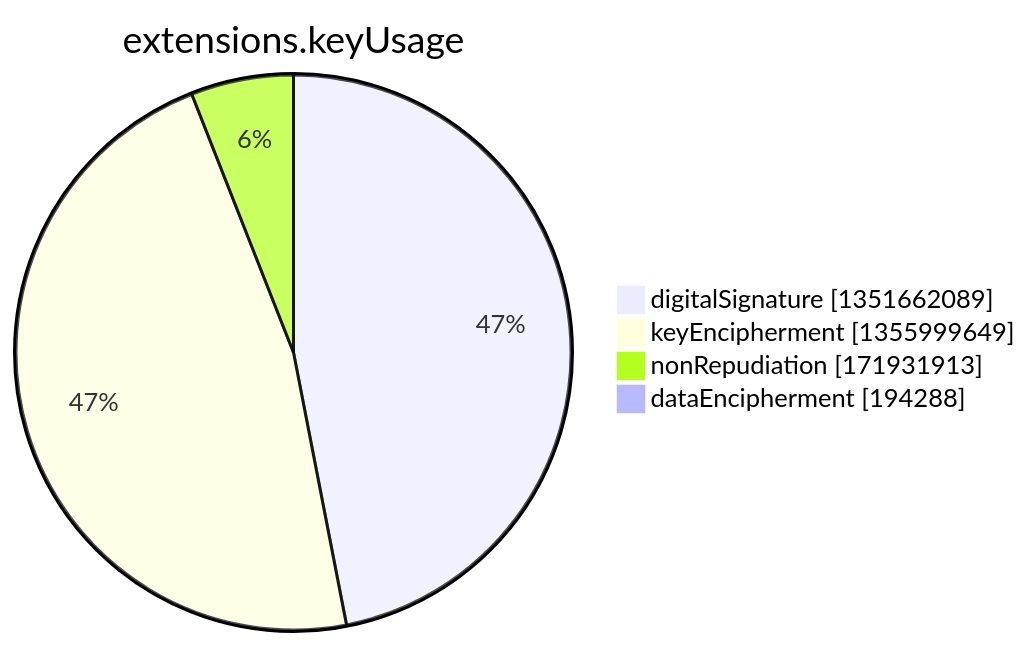
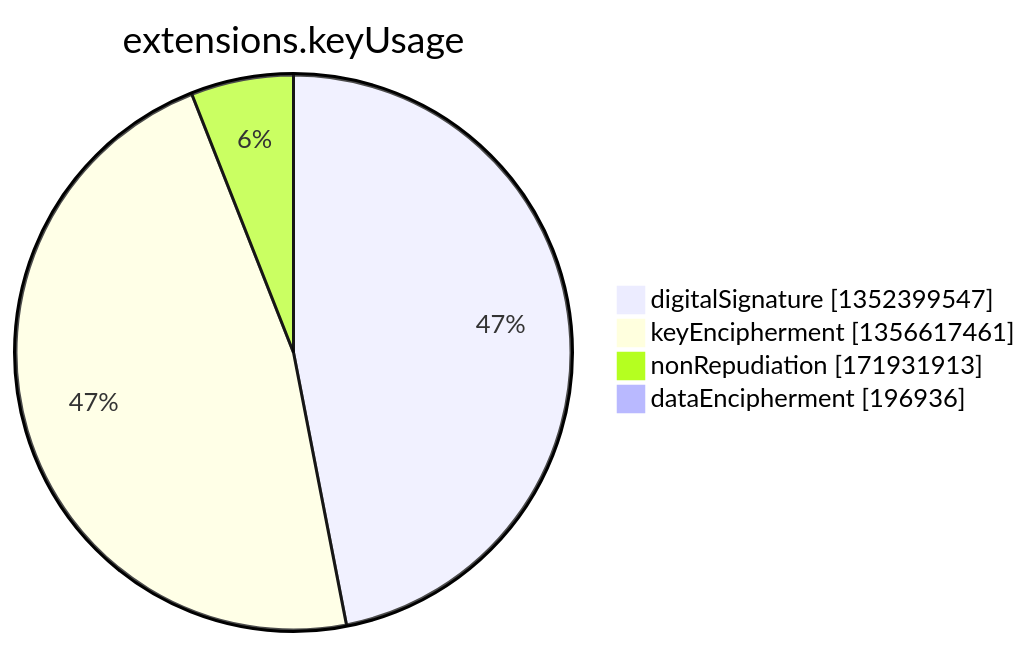
The seventh of 15 diagrams in argon2022/README.md (christiankrug/ctmonitor_visualization), drawn with Mermaid before and after one commit. The commit also changed other lines of this file, not shown here.

````diff
--- a/argon2022/README.md
+++ b/argon2022/README.md
@@ -2750,8 +2750,8 @@
 ```mermaid
 pie showData
 title extensions.keyUsage
-"digitalSignature" :1351662089
-"keyEncipherment" :1355999649
+"digitalSignature" :1352399547
+"keyEncipherment" :1356617461
 "nonRepudiation" :171931913
-"dataEncipherment" :194288
+"dataEncipherment" :196936
 ```
````
